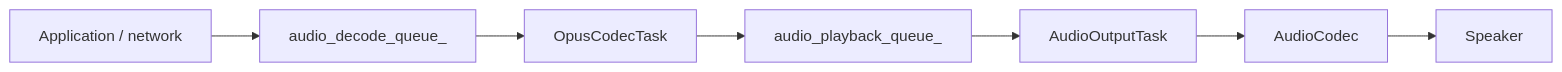
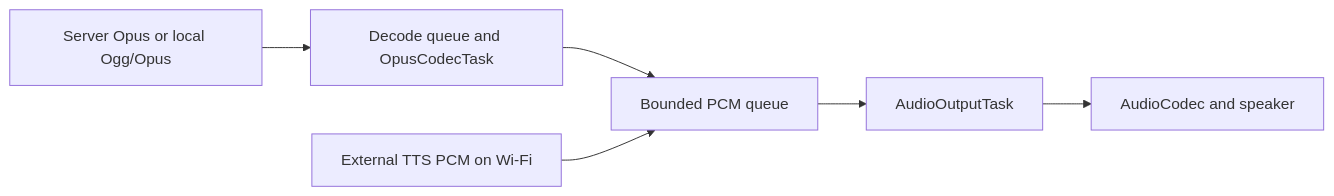
The second of 2 diagrams in main/audio/README.md (zylz-Project/xiaozhi_pro), drawn with Mermaid before and after one commit. The commit also changed other lines of this file and 239 other files, not shown here.

````diff
--- a/main/audio/README.md
+++ b/main/audio/README.md
@@ -90,9 +35,7 @@
 ```mermaid
 flowchart LR
-    App[Application / network] --> DecodeQueue[audio_decode_queue_]
-    DecodeQueue --> Opus[OpusCodecTask]
-    Opus --> PlaybackQueue[audio_playback_queue_]
-    PlaybackQueue --> Output[AudioOutputTask]
-    Output --> Codec[AudioCodec]
-    Codec --> Speaker[Speaker]
+    Stream[Server Opus or local Ogg/Opus] --> Decode[Decode queue and OpusCodecTask]
+    Decode --> Playback[Bounded PCM queue]
+    Ali[External TTS PCM on Wi-Fi] --> Playback
+    Playback --> Output[AudioOutputTask] --> Speaker[AudioCodec and speaker]
 ```
````
